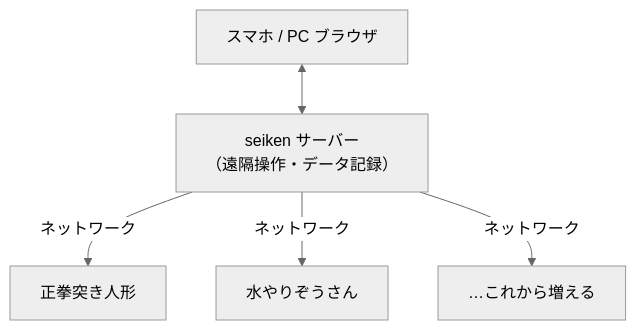
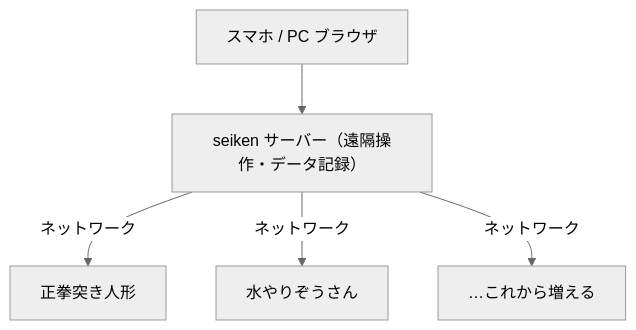
The first of 2 diagrams in articles/seiken-overview.md (kinokotaisa/zenn-content), drawn with Mermaid (neutral theme) before and after one commit. The commit also changed other lines of this file, not shown here.

First line of the commit message:
記事01: mermaid構文エラーを修正（堅い記法へ書き直し）

````diff
--- a/articles/seiken-overview.md
+++ b/articles/seiken-overview.md
@@ -50,9 +50,12 @@
 ```mermaid
-flowchart TB
+flowchart TD
   B["スマホ / PC ブラウザ"]
-  S["seiken サーバー<br/>（遠隔操作・データ記録）"]
-  B <--> S
-  S -- ネットワーク --> D1["正拳突き人形"]
-  S -- ネットワーク --> D2["水やりぞうさん"]
-  S -- ネットワーク --> D3["…これから増える"]
+  S["seiken サーバー（遠隔操作・データ記録）"]
+  D1["正拳突き人形"]
+  D2["水やりぞうさん"]
+  D3["…これから増える"]
+  B --> S
+  S -->|ネットワーク| D1
+  S -->|ネットワーク| D2
+  S -->|ネットワーク| D3
 ```
````
